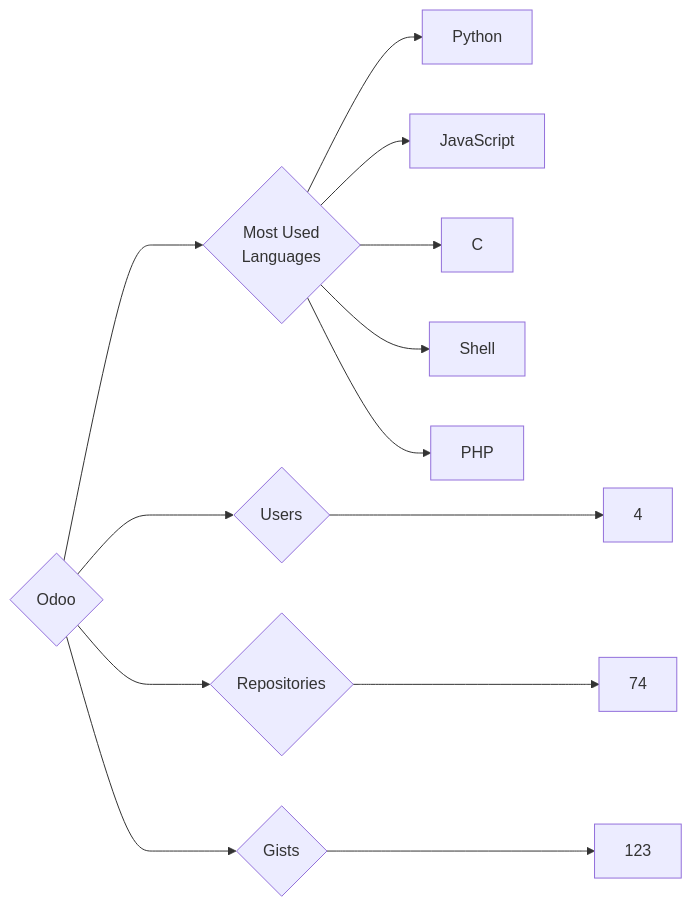
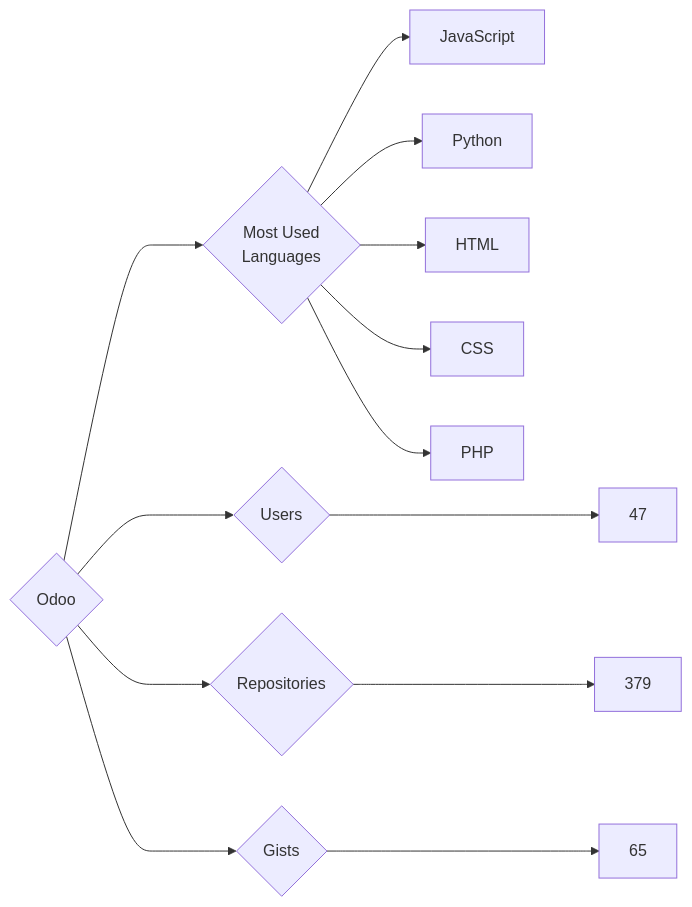
Before and after one commit to trickest/insiders: the diagram in targets/Odoo/README.md, drawn with Mermaid. The commit also changed 833 other files, not shown here.

````diff
--- a/targets/Odoo/README.md
+++ b/targets/Odoo/README.md
@@ -3,13 +3,13 @@
 ```mermaid
 graph LR
 COMPANY_NAME{Odoo}
-COMPANY_NAME ---> U{Users} ---> UN[4]
-COMPANY_NAME ---> R{Repositories} ---> RN[74]
-COMPANY_NAME ---> G{Gists} ---> GN[123]
+COMPANY_NAME ---> U{Users} ---> UN[47]
+COMPANY_NAME ---> R{Repositories} ---> RN[379]
+COMPANY_NAME ---> G{Gists} ---> GN[65]
 COMPANY_NAME ---> ML{Most Used<br>Languages}
+ML --> JavaScript[JavaScript]
 ML --> Python[Python]
-ML --> JavaScript[JavaScript]
-ML --> C[C]
-ML --> Shell[Shell]
+ML --> HTML[HTML]
+ML --> CSS[CSS]
 ML --> PHP[PHP]
 ```
````
